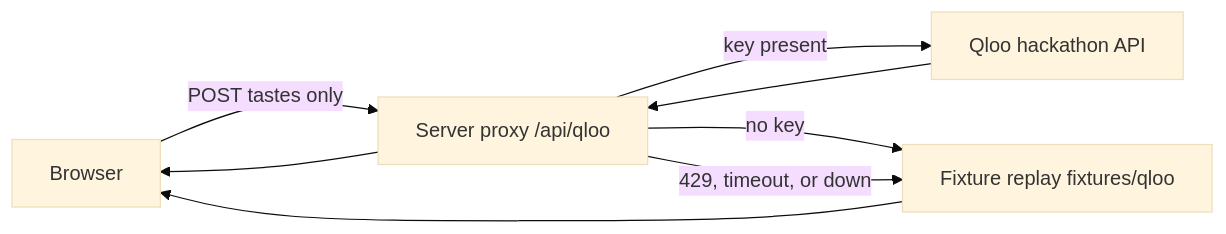
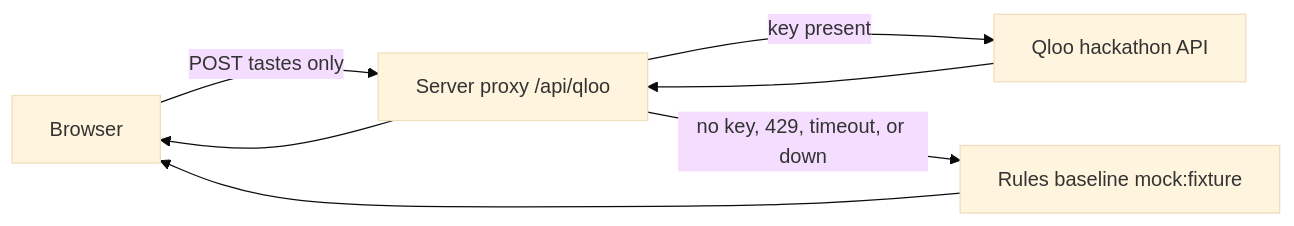
Before and after one commit to xinyurun215/tastetrip-agent: the diagram in README.md, drawn with Mermaid (base theme). The commit also changed other lines of this file and 15 other files, not shown here.

First line of the commit message:
Call live Qloo with GET insights, and label the no-key path as mock

````diff
--- a/README.md
+++ b/README.md
@@ -44,14 +44,13 @@
 ```mermaid
 flowchart LR
   browser[Browser]
   proxy["Server proxy /api/qloo"]
-  qloo[Qloo hackathon API]
-  replay["Fixture replay fixtures/qloo"]
+  qloo["Qloo hackathon API"]
+  rules["Rules baseline mock:fixture"]
   browser -->|"POST tastes only"| proxy
   proxy -->|"key present"| qloo
-  proxy -->|"no key"| replay
-  proxy -->|"429, timeout, or down"| replay
+  proxy -->|"no key, 429, timeout, or down"| rules
   qloo --> proxy
-  replay --> browser
+  rules --> browser
   proxy --> browser
 ```
````
